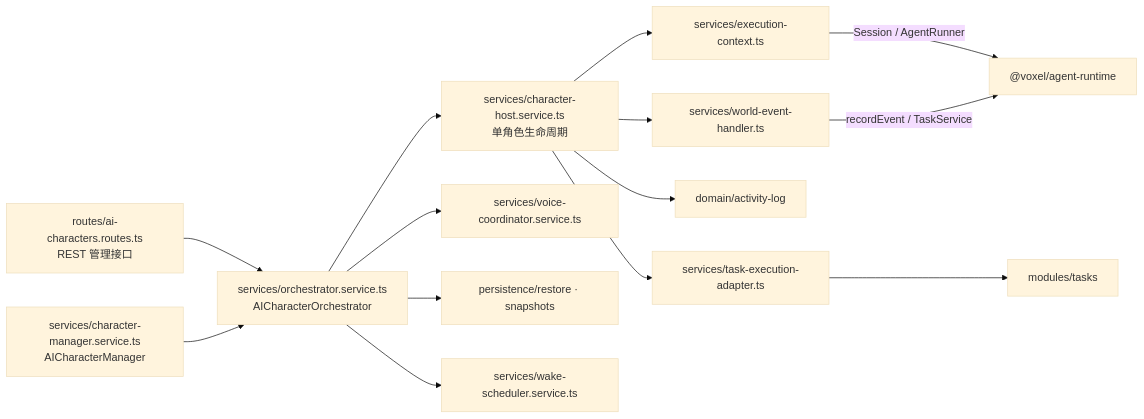
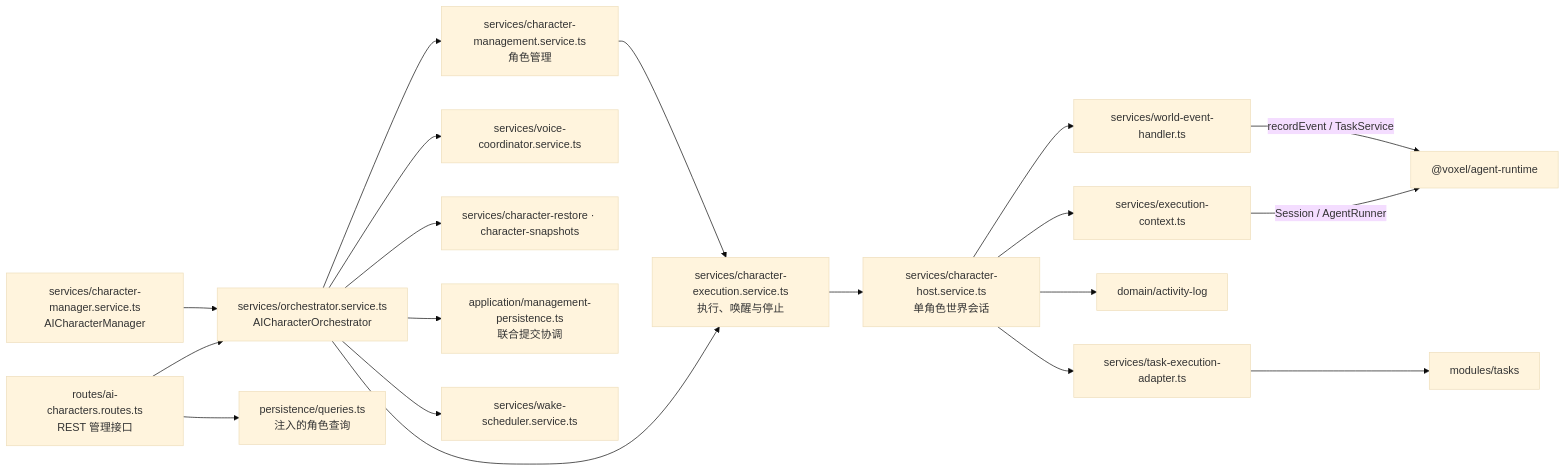
The sixth of 14 diagrams in docs/guide/architecture-diagrams.md (lulabs-org/embocraft), drawn with Mermaid (base theme) before and after one commit. The commit also changed other lines of this file and 28 other files, not shown here.

Commit message:
refactor(server): decouple AI character services and modularize management persistence

````diff
--- a/docs/guide/architecture-diagrams.md
+++ b/docs/guide/architecture-diagrams.md
@@ -163,16 +164,21 @@
 ```mermaid
 graph LR
     Routes["routes/ai-characters.routes.ts<br/>REST 管理接口"] --> Orch["services/orchestrator.service.ts<br/>AICharacterOrchestrator"]
     Manager["services/character-manager.service.ts<br/>AICharacterManager"] --> Orch
-    Orch --> Host["services/character-host.service.ts<br/>单角色生命周期"]
+    Orch --> Manage["services/character-management.service.ts<br/>角色管理"]
+    Orch --> Exec["services/character-execution.service.ts<br/>执行、唤醒与停止"]
+    Manage --> Exec
+    Exec --> Host["services/character-host.service.ts<br/>单角色世界会话"]
     Orch --> Voice["services/voice-coordinator.service.ts"]
-    Orch --> Restore["persistence/restore · snapshots"]
+    Orch --> Restore["services/character-restore · character-snapshots"]
+    Orch --> Joint["application/management-persistence.ts<br/>联合提交协调"]
+    Routes --> Queries["persistence/queries.ts<br/>注入的角色查询"]
     Host --> Ctx["services/execution-context.ts"]
     Orch --> Wake["services/wake-scheduler.service.ts"]
     Host --> WEH["services/world-event-handler.ts"]
     Host --> Log["domain/activity-log"]
     Host --> TA["services/task-execution-adapter.ts"]
     Ctx -->|Session / AgentRunner| RTPkg["@voxel/agent-runtime"]
     WEH -->|recordEvent / TaskService| RTPkg
     TA --> TaskMod["modules/tasks"]
 ```
````
